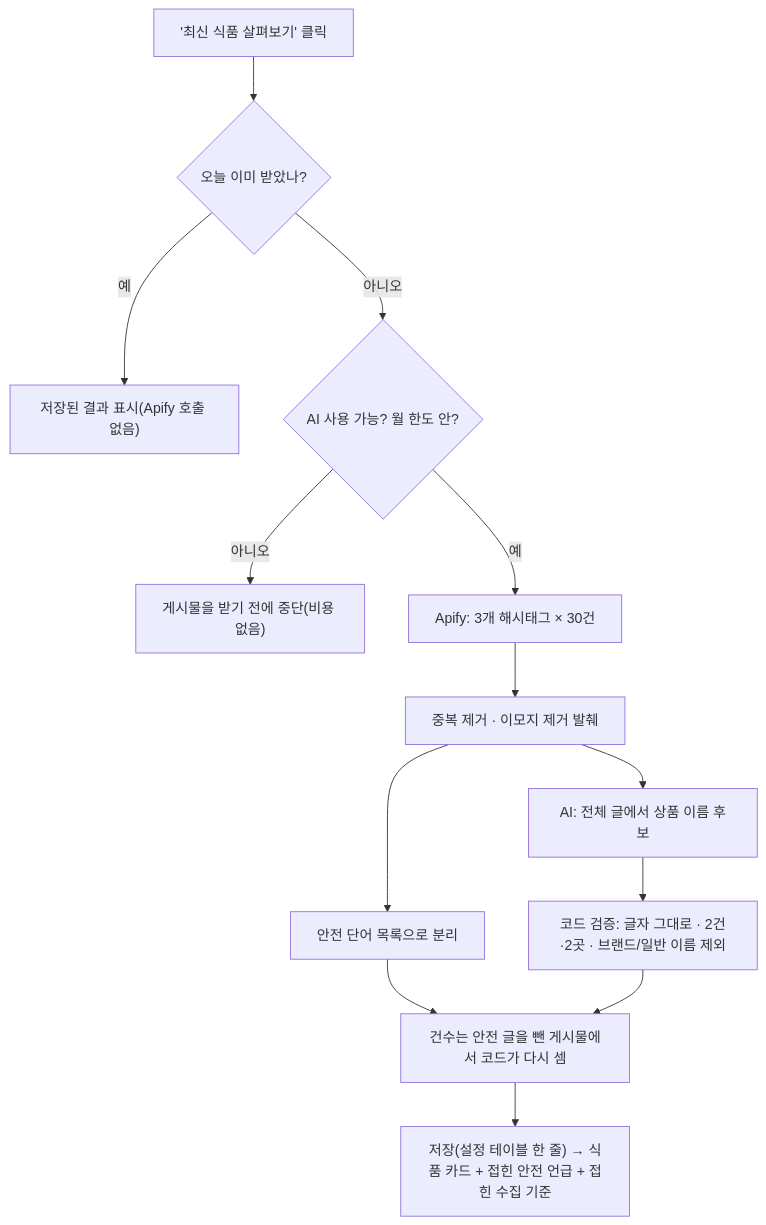
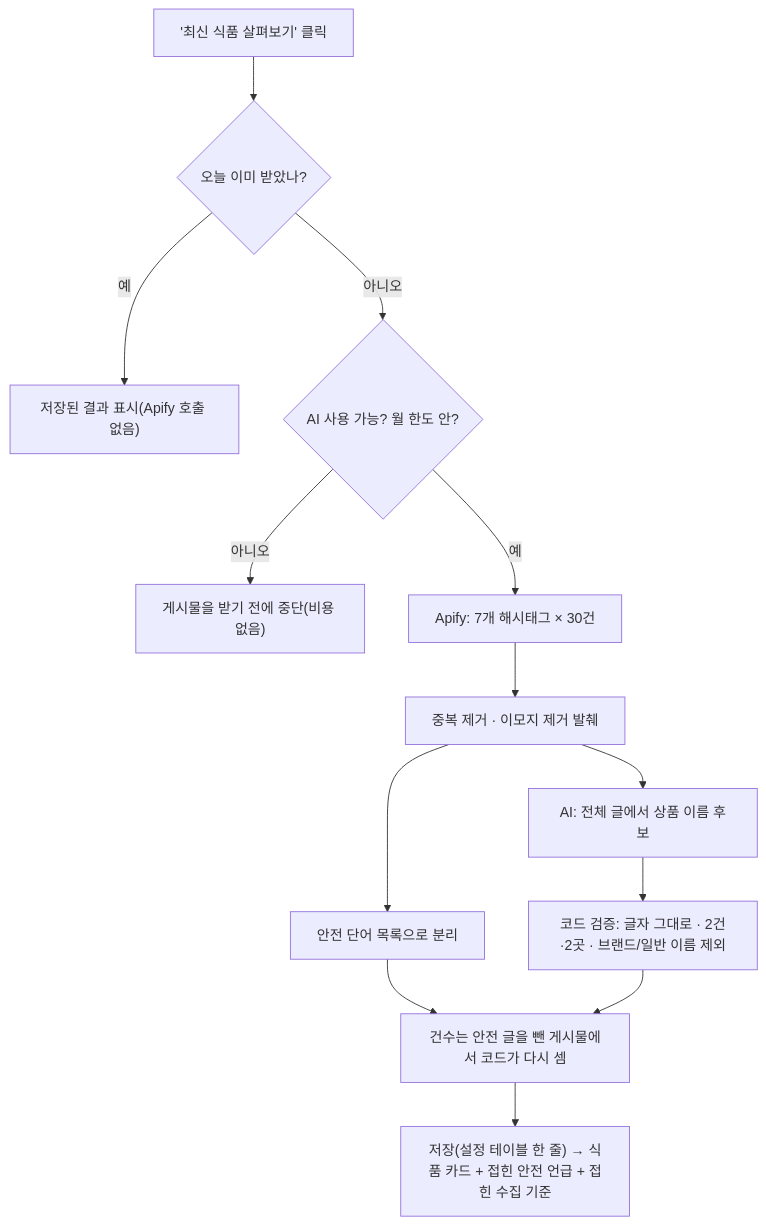
Before and after one commit to jyu70551-gif/SL: the second of 2 diagrams in docs/feature-history/10-trends.md, drawn with Mermaid. The commit also changed other lines of this file and 14 other files, not shown here.

````diff
--- a/docs/feature-history/10-trends.md
+++ b/docs/feature-history/10-trends.md
@@ -90,15 +98,15 @@
 ```mermaid
 flowchart TD
     A["'최신 식품 살펴보기' 클릭"] --> B{"오늘 이미 받았나?"}
     B -- 예 --> R["저장된 결과 표시(Apify 호출 없음)"]
     B -- 아니오 --> C{"AI 사용 가능? 월 한도 안?"}
     C -- 아니오 --> X["게시물을 받기 전에 중단(비용 없음)"]
-    C -- 예 --> D["Apify: 3개 해시태그 × 30건"]
+    C -- 예 --> D["Apify: 7개 해시태그 × 30건"]
     D --> E["중복 제거 · 이모지 제거 발췌"]
     E --> F["안전 단어 목록으로 분리"]
     E --> G["AI: 전체 글에서 상품 이름 후보"]
     G --> H["코드 검증: 글자 그대로 · 2건·2곳 · 브랜드/일반 이름 제외"]
     F --> I["건수는 안전 글을 뺀 게시물에서 코드가 다시 셈"]
     H --> I
     I --> S["저장(설정 테이블 한 줄) → 식품 카드 + 접힌 안전 언급 + 접힌 수집 기준"]
 ```
````
